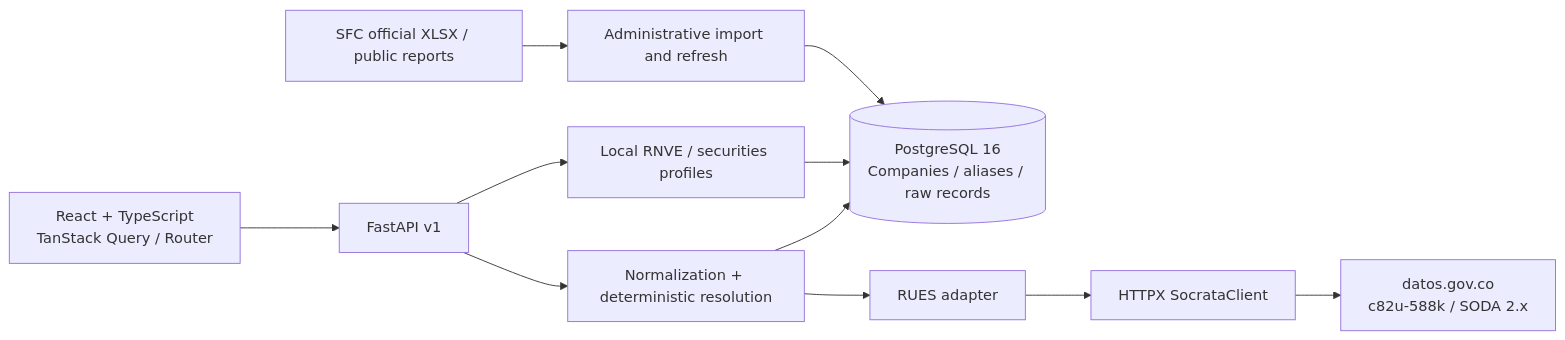
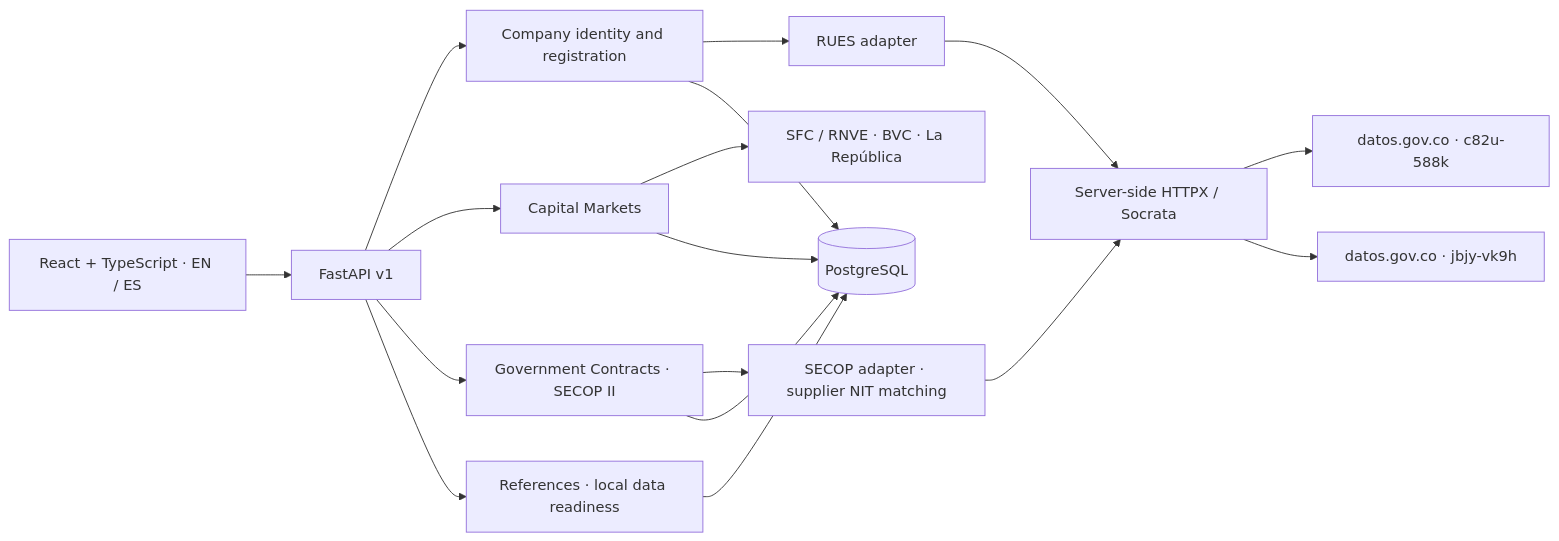
Before and after one commit to molartep/colombia-company-intelligence: the diagram in README.md, drawn with Mermaid. The commit also changed other lines of this file, not shown here.

Commit message:
Refresh README overview and document all implemented phases

````diff
--- a/README.md
+++ b/README.md
@@ -29,13 +33,19 @@
 ```mermaid
 flowchart LR
-    Browser[React + TypeScript\nTanStack Query / Router] --> API[FastAPI v1]
-    API --> Markets[Local RNVE / securities profiles]
-    Reports[SFC official XLSX / public reports] --> Admin[Administrative import and refresh]
-    Admin --> DB
+    Browser[React + TypeScript · EN / ES] --> API[FastAPI v1]
+    API --> Identity[Company identity and registration]
+    API --> Markets[Capital Markets]
+    API --> Contracts[Government Contracts · SECOP II]
+    API --> References[References · local data readiness]
+    Identity --> RUESAdapter[RUES adapter]
+    Contracts --> SECOPAdapter[SECOP adapter · supplier NIT matching]
+    RUESAdapter --> Client[Server-side HTTPX / Socrata]
+    SECOPAdapter --> Client
+    Client --> RUES[datos.gov.co · c82u-588k]
+    Client --> SECOP[datos.gov.co · jbjy-vk9h]
+    Markets --> MarketSources[SFC / RNVE · BVC · La República]
+    Identity --> DB[(PostgreSQL)]
     Markets --> DB
-    API --> Service[Normalization + deterministic resolution]
-    Service --> DB[(PostgreSQL 16\nCompanies / aliases / raw records)]
-    Service --> Adapter[RUES adapter]
-    Adapter --> Client[HTTPX SocrataClient]
-    Client --> RUES[datos.gov.co\nc82u-588k / SODA 2.x]
+    Contracts --> DB
+    References --> DB
 ```
````
